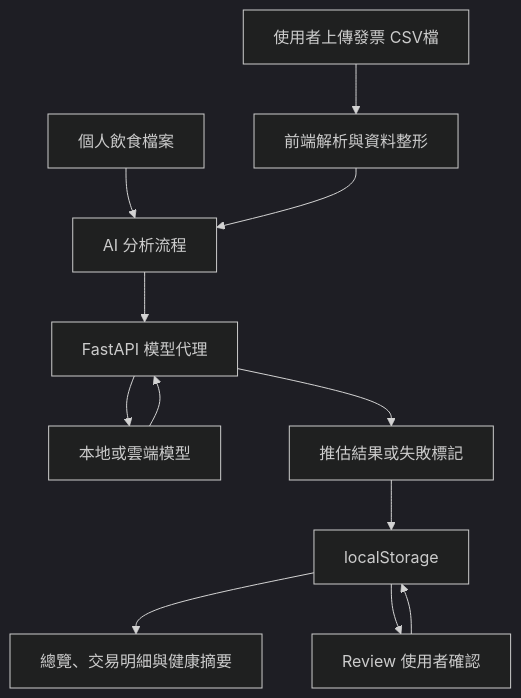
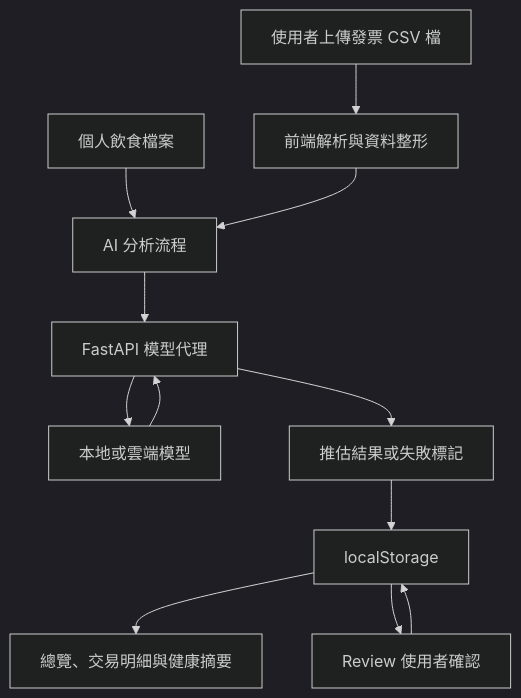
Before and after one commit to Ch1aoooo/Dietary_Ledger: the diagram in README.md, drawn with Mermaid (dark theme).

Commit message:
Fix formatting in system architecture section

````diff
--- a/README.md
+++ b/README.md
@@ -35,14 +35,14 @@
 ```mermaid
 flowchart TD
-    A[使用者上傳發票 CSV檔] --> B[前端解析與資料整形]
+    A[使用者上傳發票 CSV 檔] --> B[前端解析與資料整形]
     P[個人飲食檔案] --> C[AI 分析流程]
     B --> C
     C --> D[FastAPI 模型代理]
     D --> E[本地或雲端模型]
     E --> D
     D --> F[推估結果或失敗標記]
     F --> G[localStorage]
     G --> H[總覽、交易明細與健康摘要]
     G --> I[Review 使用者確認]
     I --> G
 ```
````
